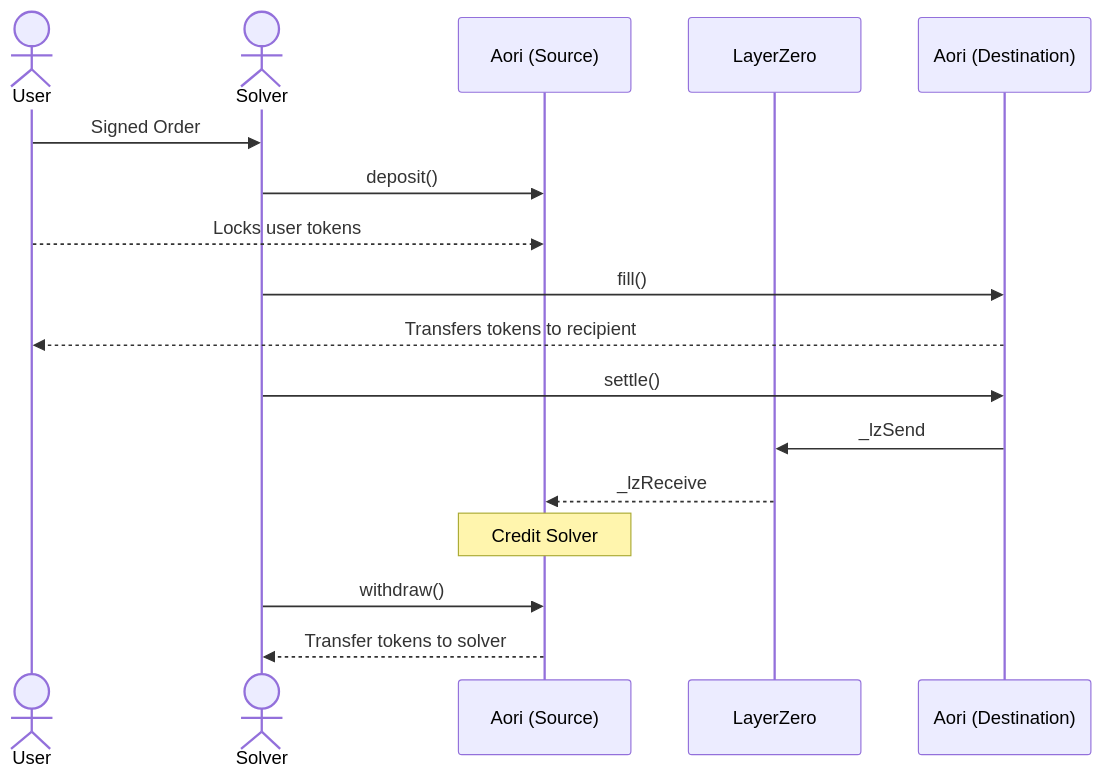
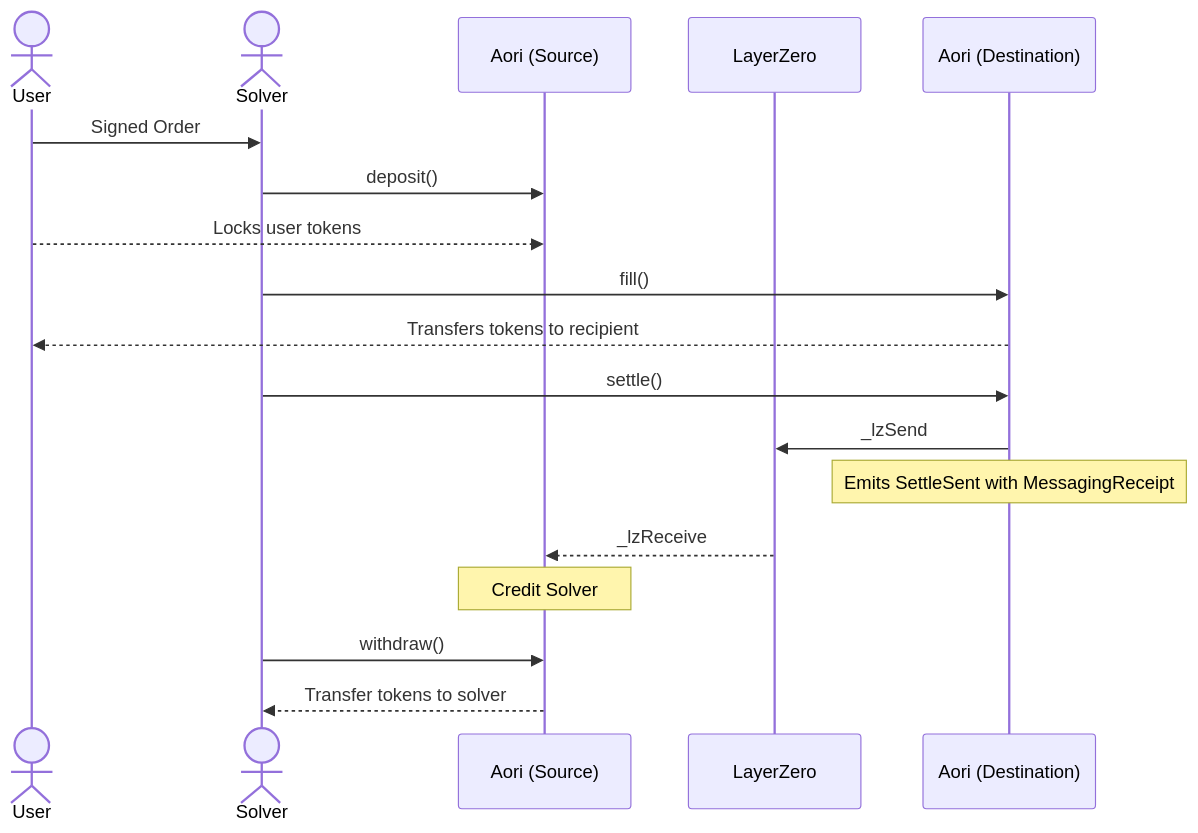
The second of 6 diagrams in README.md (aori-io/aori), drawn with Mermaid before and after one commit. The commit also changed other lines of this file, not shown here.

````diff
--- a/README.md
+++ b/README.md
@@ -48,21 +52,22 @@
 ```mermaid
 sequenceDiagram
     actor User
     actor Solver
     participant AoriSrc as Aori (Source)
     participant LZ as LayerZero
     participant AoriDst as Aori (Destination)
 
     %% Order Fill Flow
     User->>Solver: Signed Order
     Solver->>AoriSrc: deposit()
     User-->>AoriSrc: Locks user tokens
     Solver->>AoriDst: fill()
     AoriDst-->>User: Transfers tokens to recipient
     Solver->>AoriDst: settle()
     AoriDst->>LZ: _lzSend
+    Note over AoriDst: Emits SettleSent with MessagingReceipt
     LZ-->>AoriSrc: _lzReceive
     Note over AoriSrc: Credit Solver
     Solver->>AoriSrc: withdraw()
     AoriSrc-->>Solver: Transfer tokens to solver
 ```
````
